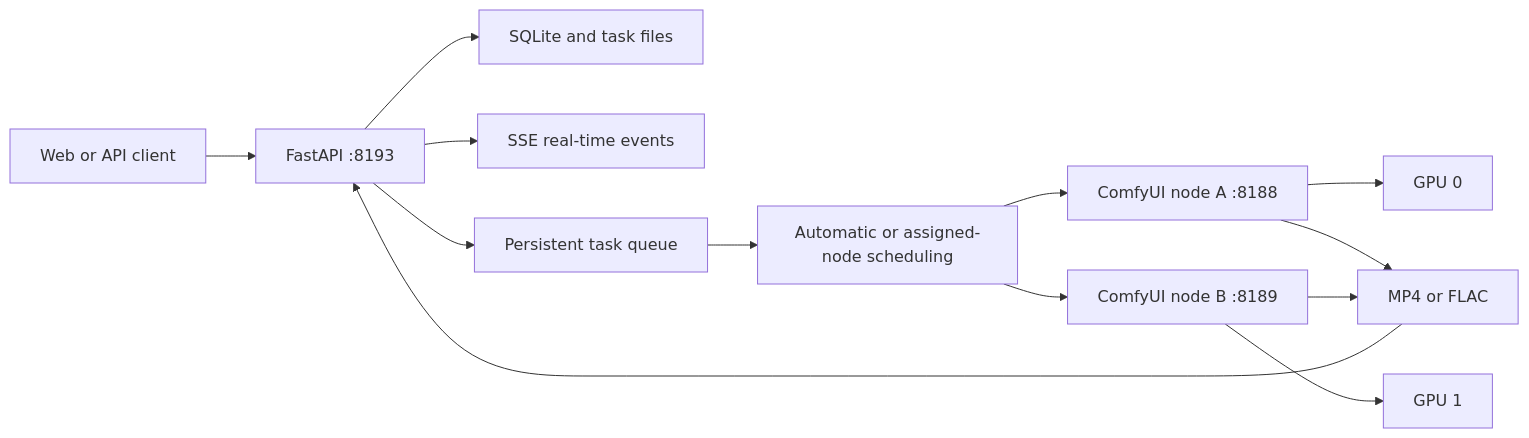
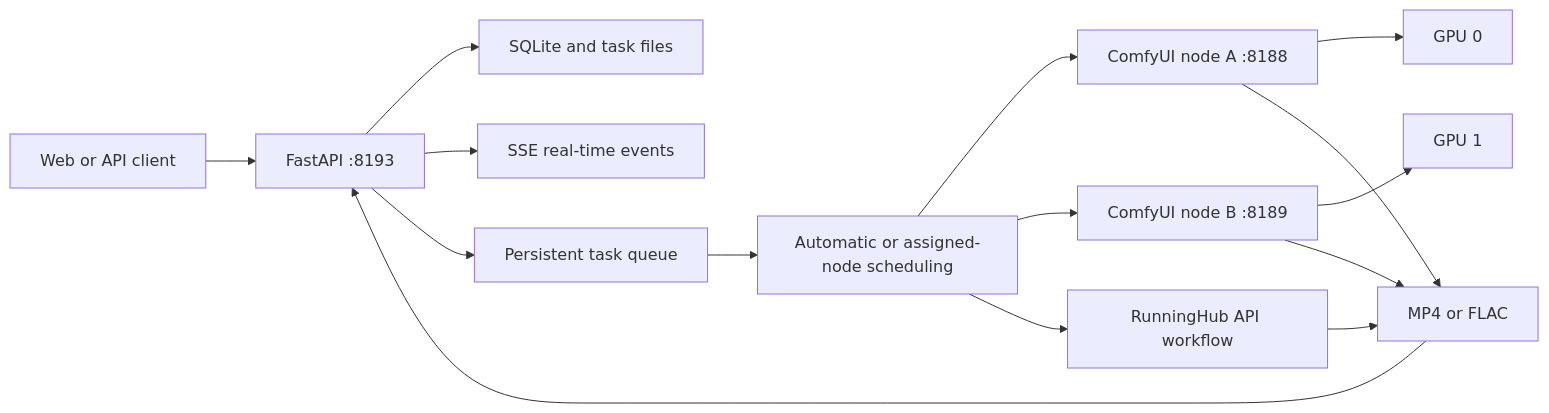
One commit to SekiyoKana/minimax-studio-webui changed the diagram in README.en.md. Above: the diagram before and after it, drawn with Mermaid. The commit also changed other lines of this file and 16 other files, not shown here.

Commit message:
Add RunningHub workflow node support

````diff
--- a/README.en.md
+++ b/README.en.md
@@ -118,15 +134,17 @@
 ```mermaid
 flowchart LR
     U["Web or API client"] --> A["FastAPI :8193"]
     A --> D["SQLite and task files"]
     A --> S["SSE real-time events"]
     A --> Q["Persistent task queue"]
     Q --> L["Automatic or assigned-node scheduling"]
     L --> C1["ComfyUI node A :8188"]
     L --> C2["ComfyUI node B :8189"]
+    L --> R["RunningHub API workflow"]
     C1 --> G1["GPU 0"]
     C2 --> G2["GPU 1"]
     C1 --> O["MP4 or FLAC"]
     C2 --> O
+    R --> O
     O --> A
 ```
````
